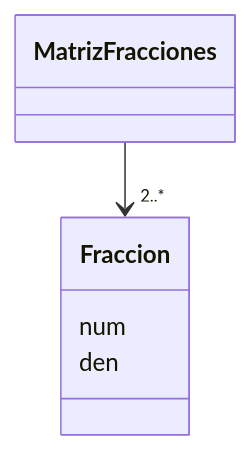
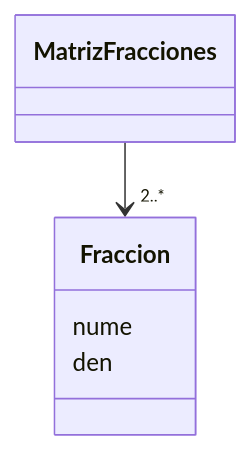
The diagram in README.md (C-HER-T-1030-301-2311/TC1030.cpp.ag.evdg.sol), drawn with Mermaid before and after one commit.

````diff
--- a/README.md
+++ b/README.md
@@ -9,7 +9,7 @@
 ```mermaid
 classDiagram
       MatrizFracciones --> "2..*" Fraccion
       
-      Fraccion: num
+      Fraccion: nume
       Fraccion: den
 ```
````
